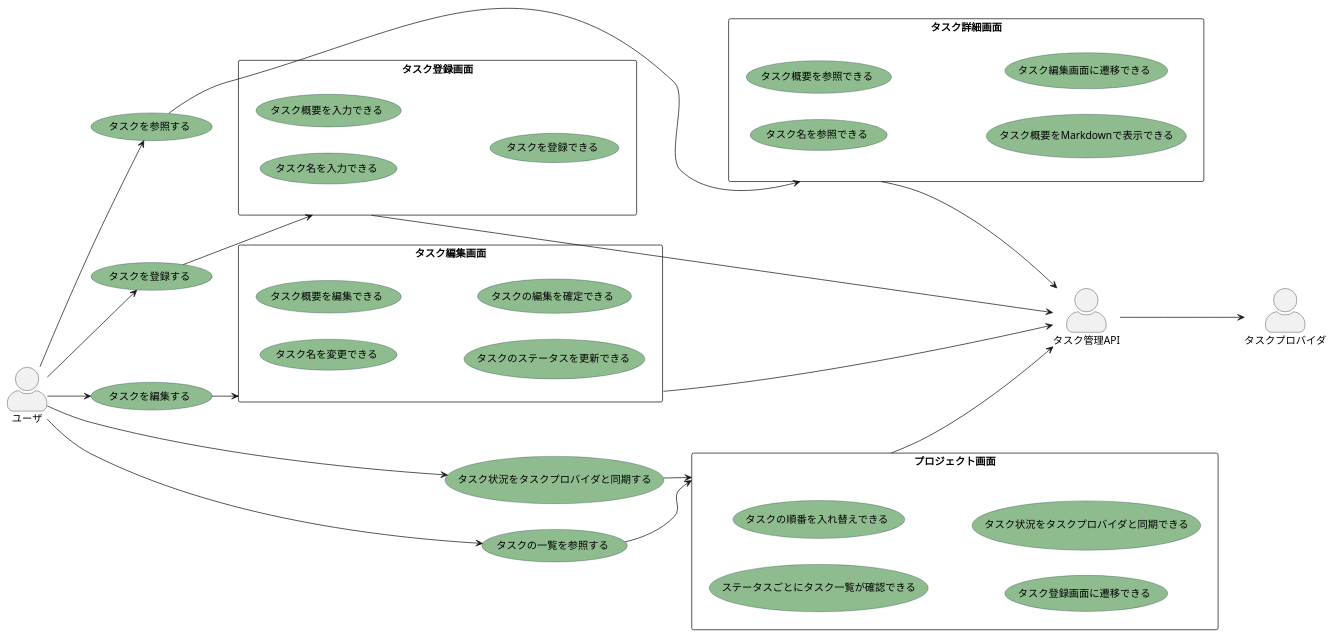
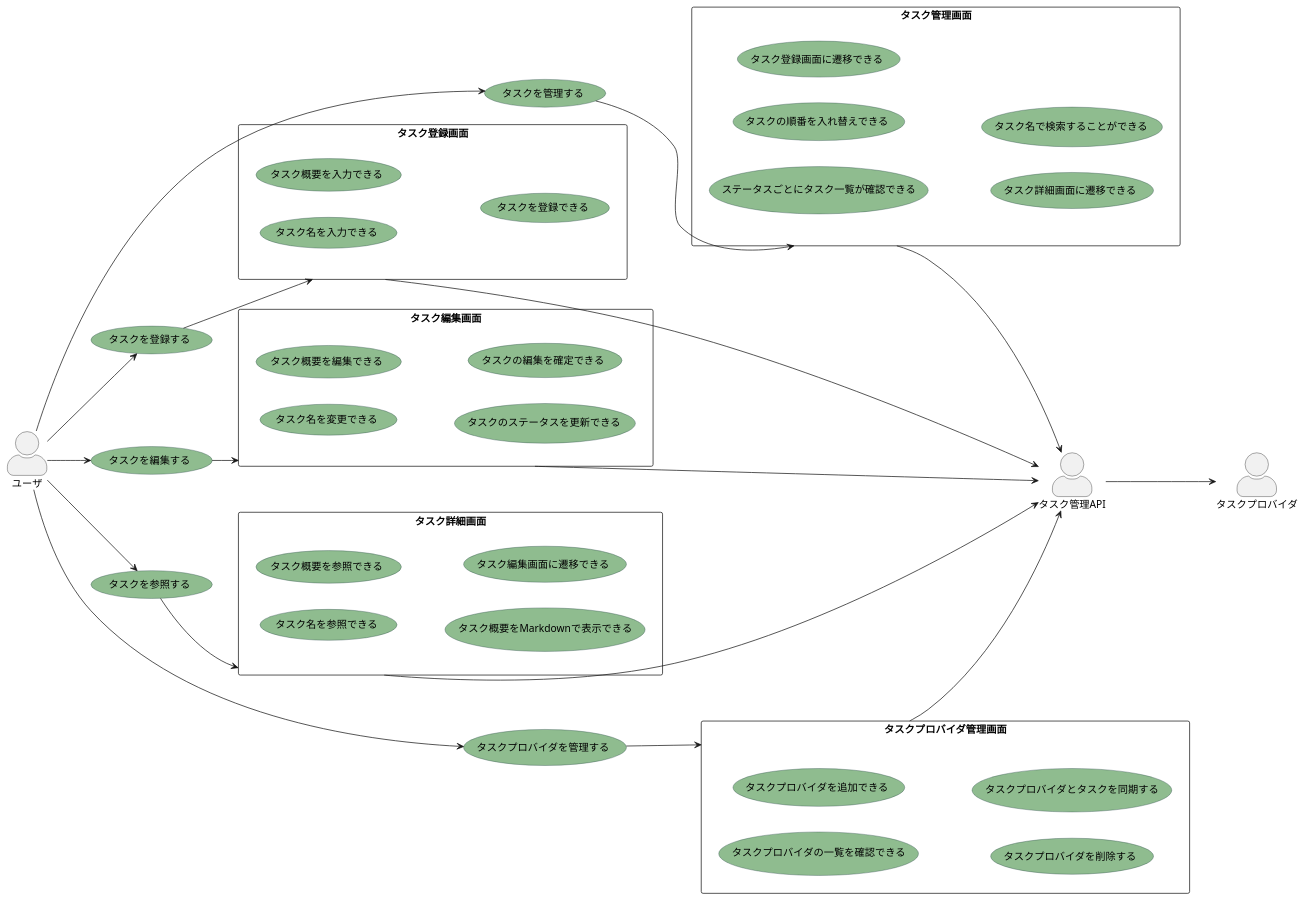
Before and after one commit to yuya-okada527/panopticon-docs: the diagram in docs/mvp/usecase.pu, drawn with PlantUML. The commit also changed 1 other file, not shown here.

Commit message:
add task provider usecase

```diff
--- a/docs/mvp/usecase.pu
+++ b/docs/mvp/usecase.pu
@@ -1,65 +1,73 @@
 @startuml MVP
 ' 設定
 left to right direction
 skinparam actorStyle awesome
 skinparam usecase {
   BackgroundColor DarkSeaGreen
   BorderColor DarkSlateGray
 }
 ' ユースケース
 usecase タスクを登録する
 usecase タスクを編集する
 usecase タスクを参照する
-usecase タスクの一覧を参照する
-usecase タスク状況をタスクプロバイダと同期する
+usecase タスクを管理する
+usecase タスクプロバイダを管理する
 
 ' 画面
 rectangle タスク登録画面 {
   usecase タスク名を入力できる
   usecase タスク概要を入力できる
   usecase タスクを登録できる
 }
 rectangle タスク編集画面 {
   usecase タスク名を変更できる
   usecase タスク概要を編集できる
   usecase タスクのステータスを更新できる
   usecase タスクの編集を確定できる
 }
 rectangle タスク詳細画面 {
   usecase タスク名を参照できる
   usecase タスク概要を参照できる
   usecase タスク概要をMarkdownで表示できる
   usecase タスク編集画面に遷移できる
 }
-rectangle プロジェクト画面 {
+rectangle タスク管理画面 {
   usecase ステータスごとにタスク一覧が確認できる
   usecase タスクのステータスを更新できる
   usecase タスクの順番を入れ替えできる
   usecase タスク登録画面に遷移できる
-  usecase タスク状況をタスクプロバイダと同期できる
+  usecase タスク詳細画面に遷移できる
+  usecase タスク名で検索することができる
+}
+rectangle タスクプロバイダ管理画面 {
+  usecase タスクプロバイダの一覧を確認できる
+  usecase タスクプロバイダを追加できる
+  usecase タスクプロバイダを削除する
+  usecase タスクプロバイダとタスクを同期する
 }
 
 ' アクター
 actor ユーザ
 ユーザ --> タスクを登録する
 ユーザ --> タスクを編集する
 ユーザ --> タスクを参照する
-ユーザ --> タスクの一覧を参照する
-ユーザ --> タスク状況をタスクプロバイダと同期する
+ユーザ --> タスクを管理する
+ユーザ --> タスクプロバイダを管理する
 
 タスクを登録する --> タスク登録画面
 タスクを編集する --> タスク編集画面
 タスクを参照する --> タスク詳細画面
-タスクの一覧を参照する --> プロジェクト画面
-タスク状況をタスクプロバイダと同期する --> プロジェクト画面
+タスクを管理する --> タスク管理画面
+タスクプロバイダを管理する --> タスクプロバイダ管理画面
 
 actor タスク管理API
 タスク登録画面 --> タスク管理API
 タスク編集画面 --> タスク管理API
 タスク詳細画面 --> タスク管理API
-プロジェクト画面 --> タスク管理API
+タスク管理画面 --> タスク管理API
+タスクプロバイダ管理画面 --> タスク管理API
 
 actor タスクプロバイダ
 タスク管理API --> タスクプロバイダ
 
 @enduml
```
